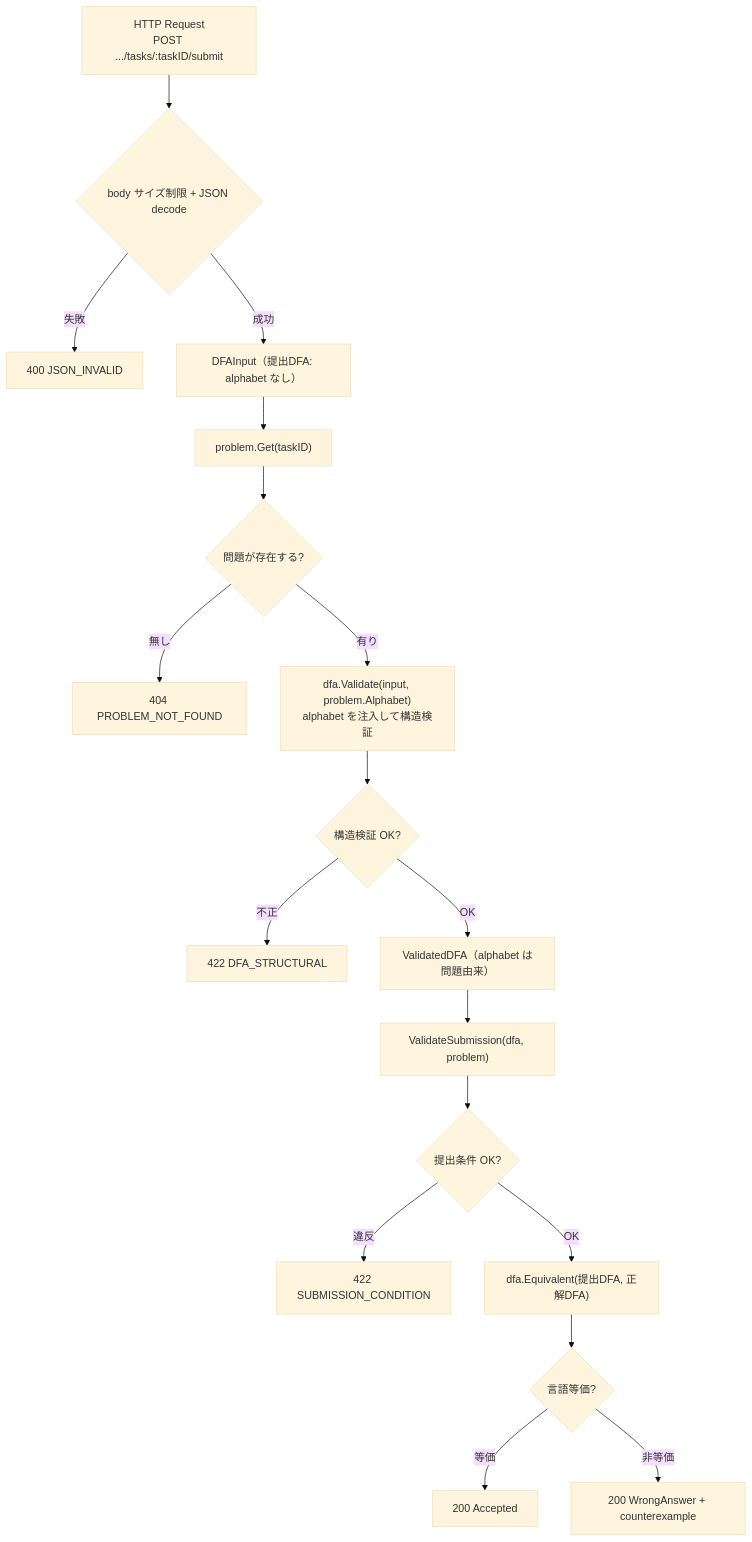
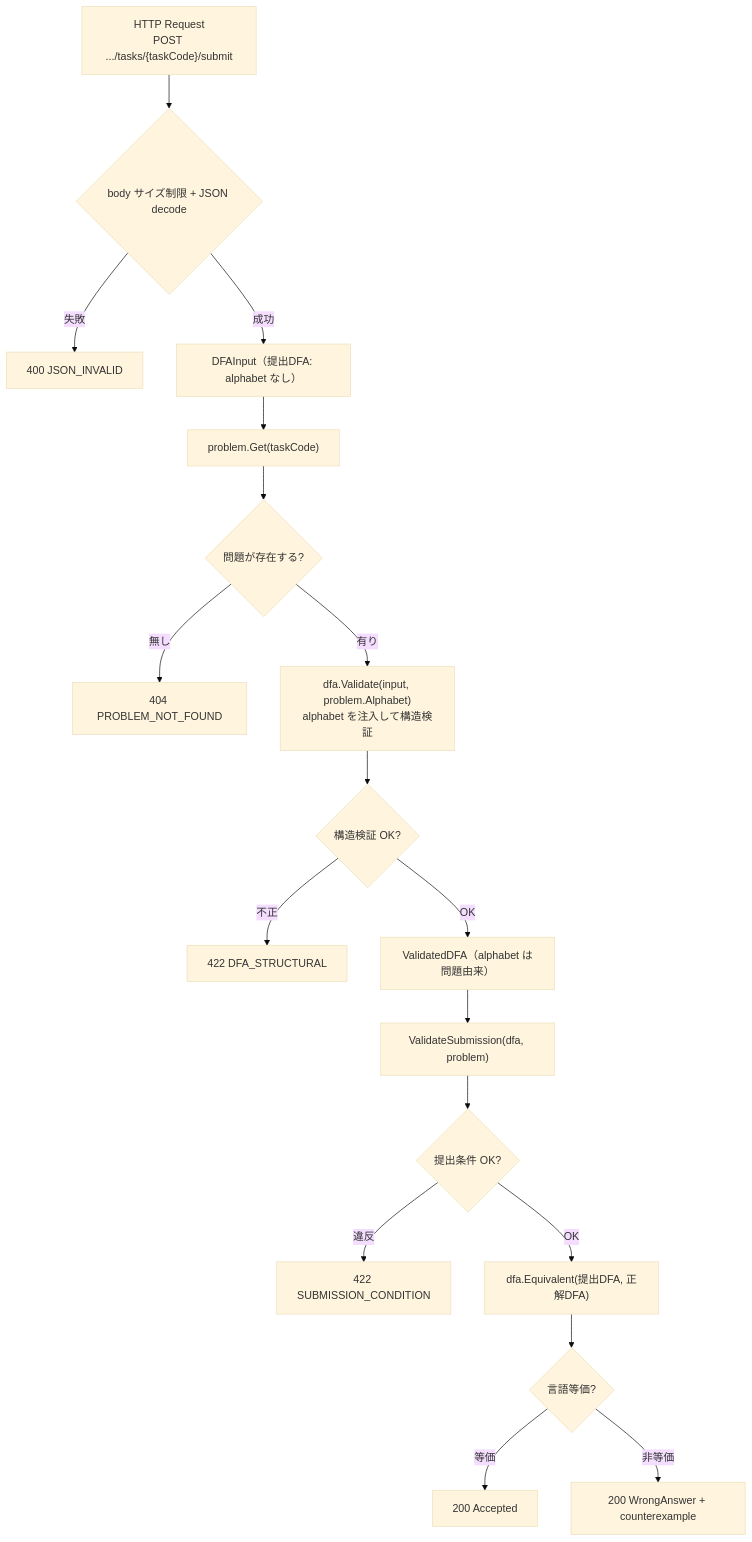
One commit to automaton-games/fa-design-game changed the second of 3 diagrams in docs/reference/system-design.md. Above: the diagram before and after it, drawn with Mermaid (base theme). The commit also changed other lines of this file and 1 other file, not shown here.

First line of the commit message:
openapi/system-design を公開識別子(slug/code)へ対応

````diff
--- a/docs/reference/system-design.md
+++ b/docs/reference/system-design.md
@@ -174,21 +174,21 @@
 ```mermaid
 flowchart TD
-    Req["HTTP Request<br/>POST .../tasks/:taskID/submit"]
+    Req["HTTP Request<br/>POST .../tasks/{taskCode}/submit"]
     Req --> Decode{"body サイズ制限 + JSON decode"}
     Decode -->|失敗| R400["400 JSON_INVALID"]
     Decode -->|成功| In["DFAInput（提出DFA: alphabet なし）"]
-    In --> Get["problem.Get(taskID)"]
+    In --> Get["problem.Get(taskCode)"]
     Get --> Exist{"問題が存在する?"}
     Exist -->|無し| R404["404 PROBLEM_NOT_FOUND"]
     Exist -->|有り| Val["dfa.Validate(input, problem.Alphabet)<br/>alphabet を注入して構造検証"]
     Val --> Struct{"構造検証 OK?"}
     Struct -->|不正| R422s["422 DFA_STRUCTURAL"]
     Struct -->|OK| VD["ValidatedDFA（alphabet は問題由来）"]
     VD --> Sub["ValidateSubmission(dfa, problem)"]
     Sub --> SubOK{"提出条件 OK?"}
     SubOK -->|違反| R422c["422 SUBMISSION_CONDITION"]
     SubOK -->|OK| Equiv["dfa.Equivalent(提出DFA, 正解DFA)"]
     Equiv --> Eq{"言語等価?"}
     Eq -->|等価| R200a["200 Accepted"]
     Eq -->|非等価| R200w["200 WrongAnswer + counterexample"]
 ```
````
